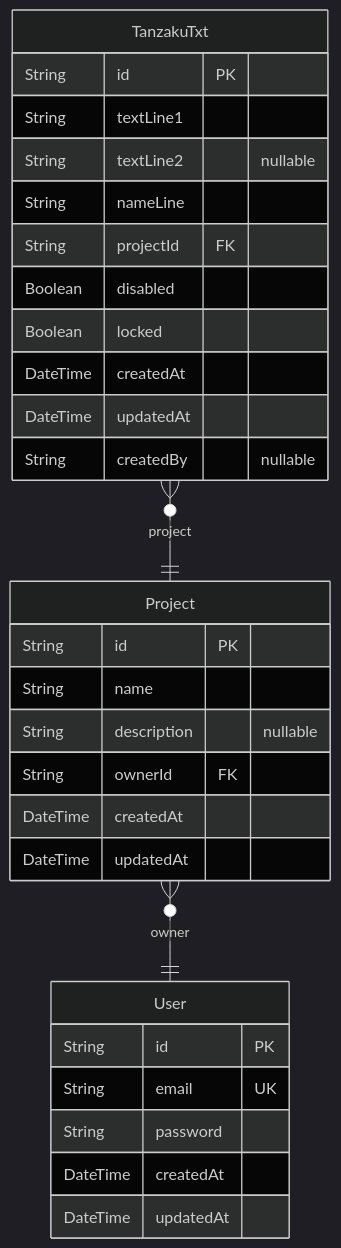
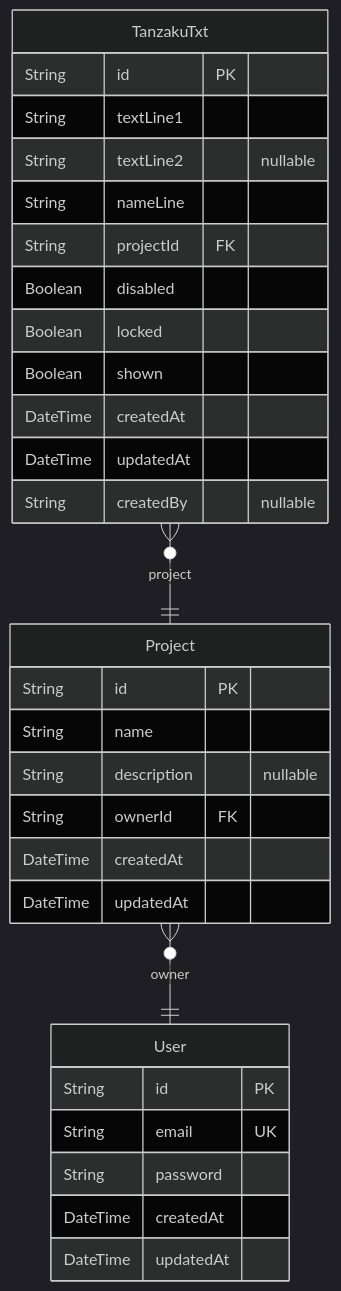
The diagram in docs/ERD.md (itl-marubu/tanzaku-be), drawn with Mermaid (dark theme) before and after one commit. The commit also changed other lines of this file and 7 other files, not shown here.

Commit message:
短冊表示のschema修正，ピックアップアルゴ

````diff
--- a/docs/ERD.md
+++ b/docs/ERD.md
@@ -7,32 +7,33 @@
 ```mermaid
 erDiagram
 "Project" {
   String id PK
   String name
   String description "nullable"
   String ownerId FK
   DateTime createdAt
   DateTime updatedAt
 }
 "User" {
   String id PK
   String email UK
   String password
   DateTime createdAt
   DateTime updatedAt
 }
 "TanzakuTxt" {
   String id PK
   String textLine1
   String textLine2 "nullable"
   String nameLine
   String projectId FK
   Boolean disabled
   Boolean locked
+  Boolean shown
   DateTime createdAt
   DateTime updatedAt
   String createdBy "nullable"
 }
 "Project" }o--|| "User" : owner
 "TanzakuTxt" }o--|| "Project" : project
 ```
````
